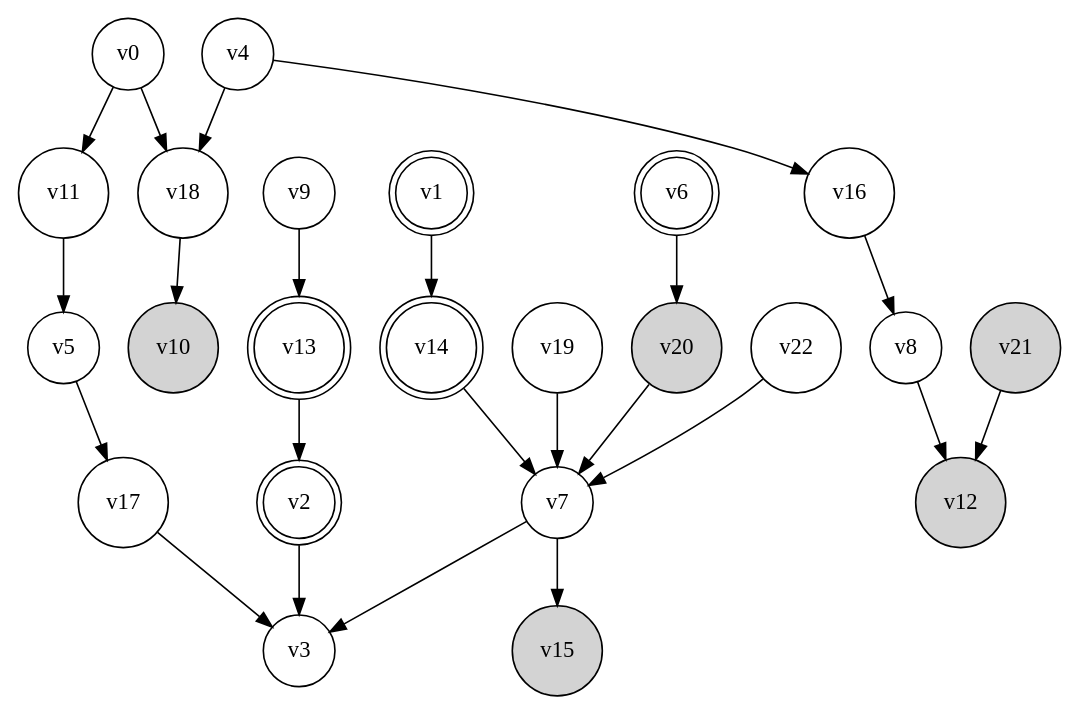
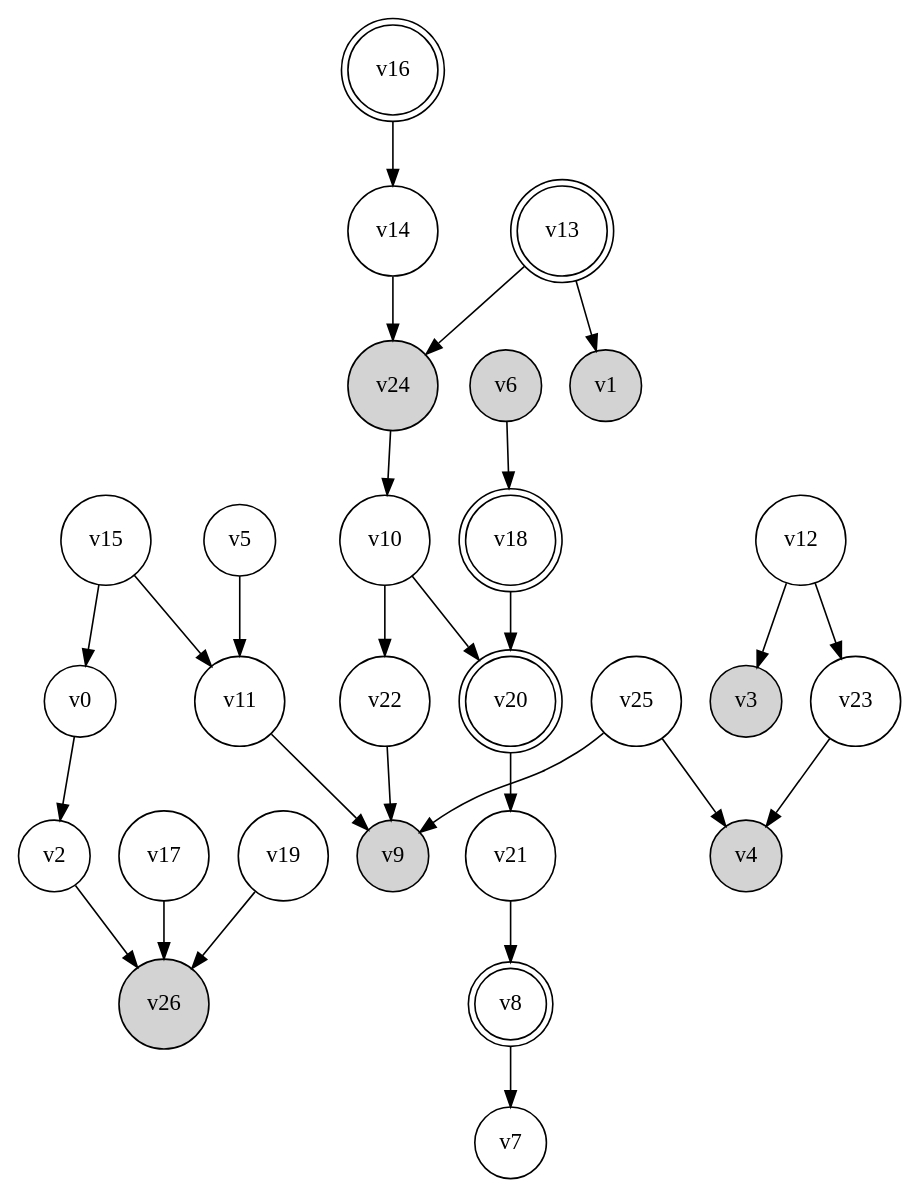
Before and after one commit to arthurhaiying/TestingBayesianNetwork: the diagram in polytree.gv, drawn with Graphviz. The commit also changed 20 other files, not shown here.

```diff
--- a/polytree.gv
+++ b/polytree.gv
@@ -1,48 +1,56 @@
 digraph {
 	rankdir=TD
 	v0 [shape=circle]
-	v1 [shape=doublecircle]
-	v2 [shape=doublecircle]
-	v3 [shape=circle]
-	v4 [shape=circle]
+	v1 [shape=circle style=filled]
+	v2 [shape=circle]
+	v3 [shape=circle style=filled]
+	v4 [shape=circle style=filled]
 	v5 [shape=circle]
-	v6 [shape=doublecircle]
+	v6 [shape=circle style=filled]
 	v7 [shape=circle]
-	v8 [shape=circle]
-	v9 [shape=circle]
-	v10 [shape=circle style=filled]
+	v8 [shape=doublecircle]
+	v9 [shape=circle style=filled]
+	v10 [shape=circle]
 	v11 [shape=circle]
-	v12 [shape=circle style=filled]
+	v12 [shape=circle]
 	v13 [shape=doublecircle]
-	v14 [shape=doublecircle]
-	v15 [shape=circle style=filled]
-	v16 [shape=circle]
+	v14 [shape=circle]
+	v15 [shape=circle]
+	v16 [shape=doublecircle]
 	v17 [shape=circle]
-	v18 [shape=circle]
+	v18 [shape=doublecircle]
 	v19 [shape=circle]
-	v20 [shape=circle style=filled]
-	v21 [shape=circle style=filled]
+	v20 [shape=doublecircle]
+	v21 [shape=circle]
 	v22 [shape=circle]
-	v0 -> v11
-	v0 -> v18
-	v1 -> v14
-	v2 -> v3
-	v4 -> v16
-	v4 -> v18
-	v5 -> v17
-	v6 -> v20
-	v7 -> v3
-	v7 -> v15
-	v8 -> v12
-	v9 -> v13
-	v11 -> v5
-	v13 -> v2
-	v14 -> v7
-	v16 -> v8
-	v17 -> v3
-	v18 -> v10
-	v19 -> v7
-	v20 -> v7
-	v21 -> v12
-	v22 -> v7
+	v23 [shape=circle]
+	v24 [shape=circle style=filled]
+	v25 [shape=circle]
+	v26 [shape=circle style=filled]
+	v0 -> v2
+	v2 -> v26
+	v5 -> v11
+	v6 -> v18
+	v8 -> v7
+	v10 -> v22
+	v10 -> v20
+	v11 -> v9
+	v12 -> v3
+	v12 -> v23
+	v13 -> v1
+	v13 -> v24
+	v14 -> v24
+	v15 -> v0
+	v15 -> v11
+	v16 -> v14
+	v17 -> v26
+	v18 -> v20
+	v19 -> v26
+	v20 -> v21
+	v21 -> v8
+	v22 -> v9
+	v23 -> v4
+	v24 -> v10
+	v25 -> v4
+	v25 -> v9
 }
```
